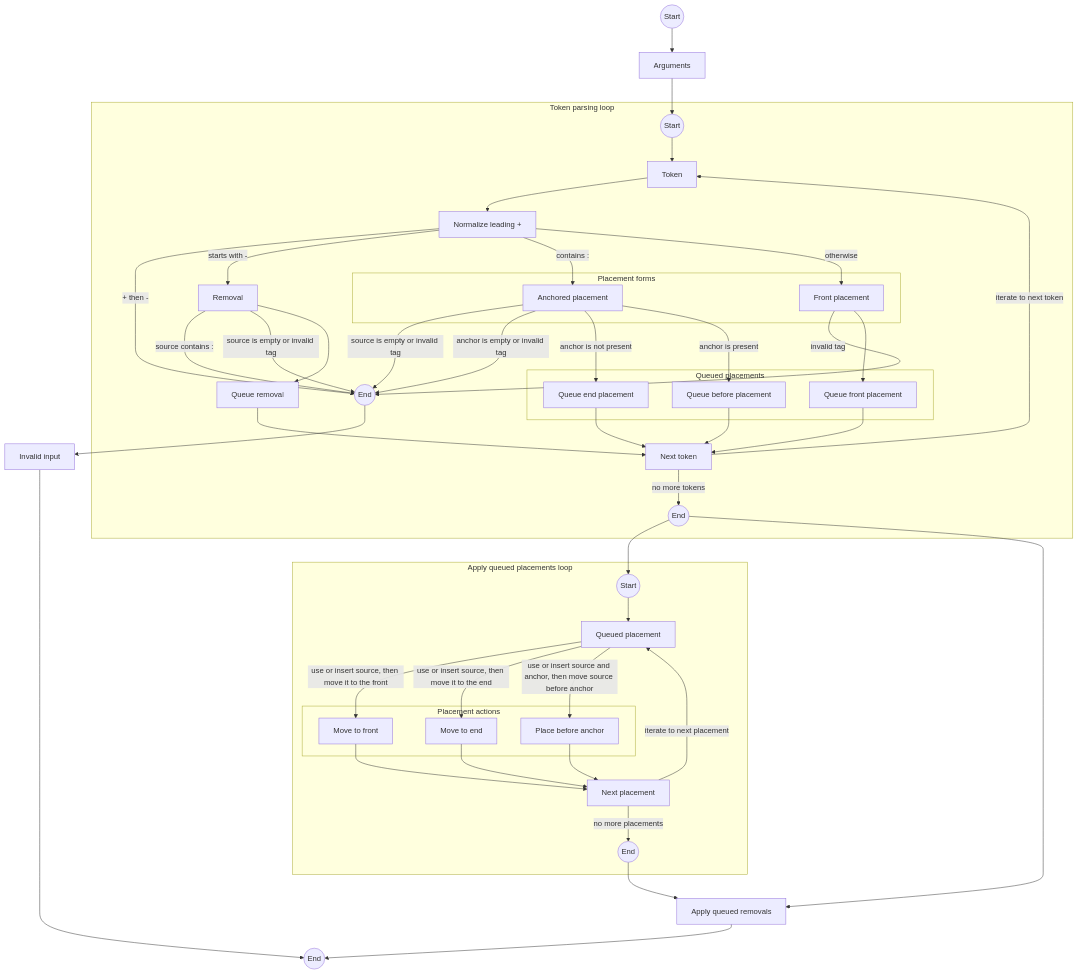
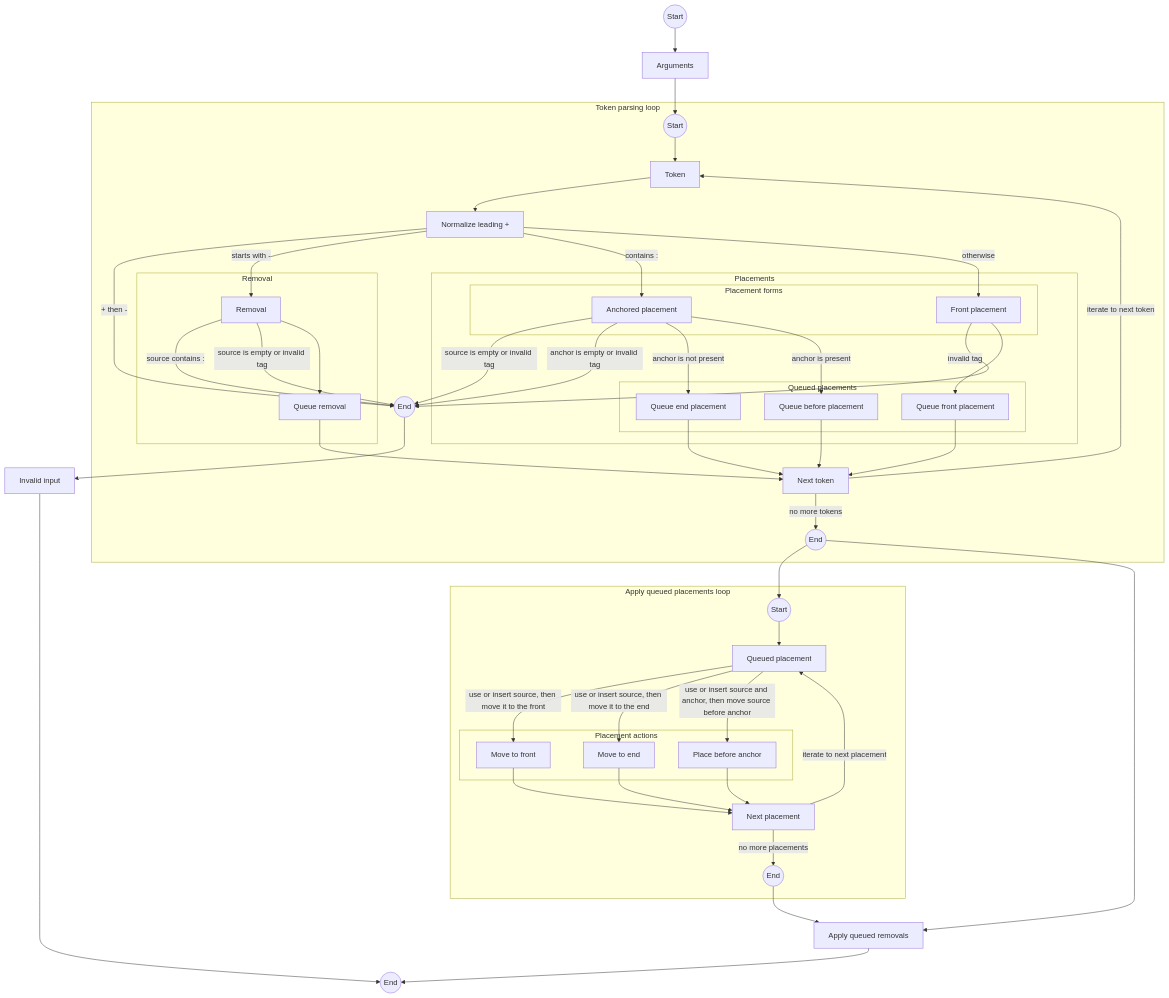
One commit to Glutexo/macos-language-manager changed the diagram in docs/macos-language-manager.md. Above: the diagram before and after it, drawn with Mermaid.

Commit message:
Group removal and placement branches in diagram

````diff
--- a/docs/macos-language-manager.md
+++ b/docs/macos-language-manager.md
@@ -228,79 +228,82 @@
 ```mermaid
 flowchart TD
     Start((Start)) --> Arguments[Arguments]
     Arguments --> TokenLoopStart
 
     subgraph TokenParsing["Token parsing loop"]
         TokenLoopStart((Start)) --> Token[Token]
         Token[Token] --> LeadingPlus[Normalize leading +]
 
-        Removal[Removal]
-
-        subgraph PlacementForms["Placement forms"]
-            AnchoredPlacement[Anchored placement]
-            FrontPlacement[Front placement]
+        subgraph RemovalFlow["Removal"]
+            Removal[Removal]
+            QueueRemoval[Queue removal]
         end
 
-        QueueRemoval[Queue removal]
+        subgraph PlacementFlow["Placements"]
+            subgraph PlacementForms["Placement forms"]
+                AnchoredPlacement[Anchored placement]
+                FrontPlacement[Front placement]
+            end
 
-        subgraph QueuedPlacements["Queued placements"]
+            subgraph QueuedPlacements["Queued placements"]
             QueueFront[Queue front placement]
             QueueBefore[Queue before placement]
             QueueEnd[Queue end placement]
+            end
         end
 
         LeadingPlus -- + then - --> TokenLoopInvalidEnd((End))
         LeadingPlus -- starts with - --> Removal
         LeadingPlus -- contains : --> AnchoredPlacement
         LeadingPlus -- otherwise --> FrontPlacement
 
         Removal -- source contains : --> TokenLoopInvalidEnd
         Removal -- source is empty or invalid tag --> TokenLoopInvalidEnd
         Removal --> QueueRemoval
 
         AnchoredPlacement -- source is empty or invalid tag --> TokenLoopInvalidEnd
         AnchoredPlacement -- anchor is empty or invalid tag --> TokenLoopInvalidEnd
         AnchoredPlacement -- anchor is not present --> QueueEnd
         AnchoredPlacement -- anchor is present --> QueueBefore
 
         FrontPlacement -- invalid tag --> TokenLoopInvalidEnd
         FrontPlacement --> QueueFront
 
         QueueRemoval --> NextToken[Next token]
         QueueFront --> NextToken
         QueueBefore --> NextToken
         QueueEnd --> NextToken
 
         NextToken -- iterate to next token --> Token
         NextToken -- no more tokens --> TokenLoopDoneEnd((End))
     end
 
     TokenLoopInvalidEnd --> InvalidInput[Invalid input]
     InvalidInput --> End((End))
 
     TokenLoopDoneEnd --> PlacementLoopStart
     TokenLoopDoneEnd --> ApplyRemovals[Apply queued removals]
 
     subgraph PlacementLoop["Apply queued placements loop"]
         PlacementLoopStart((Start)) --> Placement[Queued placement]
 
         subgraph PlacementActions["Placement actions"]
             MoveToFront[Move to front]
             MoveToEnd[Move to end]
             PlaceBeforeAnchor[Place before anchor]
         end
 
         Placement -- use or insert source, then move it to the front --> MoveToFront
         Placement -- use or insert source, then move it to the end --> MoveToEnd
         Placement -- use or insert source and anchor, then move source before anchor --> PlaceBeforeAnchor
 
         MoveToFront --> NextPlacement[Next placement]
         MoveToEnd --> NextPlacement
         PlaceBeforeAnchor --> NextPlacement
         NextPlacement -- iterate to next placement --> Placement
         NextPlacement -- no more placements --> PlacementLoopEnd((End))
     end
 
     PlacementLoopEnd --> ApplyRemovals
     ApplyRemovals --> End
 ```
````
